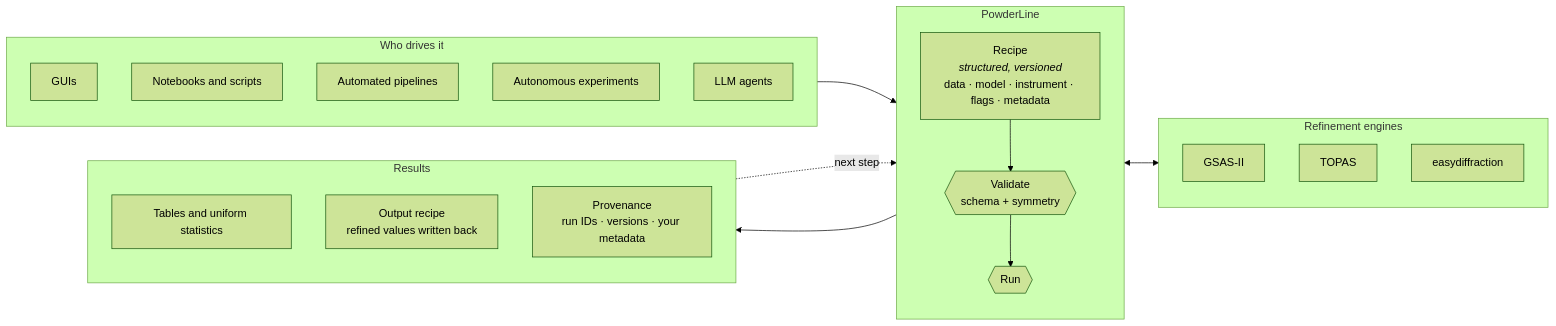
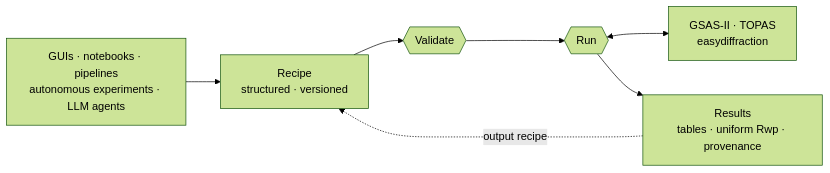
Before and after one commit to NSLS2/PowderLine: the diagram in README.md, drawn with Mermaid (forest theme). The commit also changed other lines of this file and 44 other files, not shown here.

````diff
--- a/README.md
+++ b/README.md
@@ -22,34 +19,8 @@
 ```mermaid
 flowchart LR
-    subgraph drivers["Who drives it"]
-        direction TB
-        D1[GUIs]
-        D2[Notebooks and scripts]
-        D3[Automated pipelines]
-        D4[Autonomous experiments]
-        D5[LLM agents]
-    end
-    subgraph pl["PowderLine"]
-        direction TB
-        R["Recipe<br/><i>structured, versioned</i><br/>data · model · instrument · flags · metadata"]
-        V{{"Validate<br/>schema + symmetry"}}
-        X{{Run}}
-        R --> V --> X
-    end
-    subgraph engines["Refinement engines"]
-        direction TB
-        E1[GSAS-II]
-        E2[TOPAS]
-        E3[easydiffraction]
-    end
-    subgraph out["Results"]
-        direction TB
-        O1["Tables and uniform statistics"]
-        O2["Output recipe<br/>refined values written back"]
-        O3["Provenance<br/>run IDs · versions · your metadata"]
-    end
-    drivers --> R
-    X <--> engines
-    X --> out
-    O2 -. next step .-> R
+    D["GUIs · notebooks · pipelines<br/>autonomous experiments · LLM agents"] --> R["Recipe<br/>structured · versioned"]
+    R --> V{{Validate}} --> X{{Run}}
+    X <--> E["GSAS-II · TOPAS<br/>easydiffraction"]
+    X --> O["Results<br/>tables · uniform Rwp · provenance"]
+    O -. "output recipe" .-> R
 ```
````
